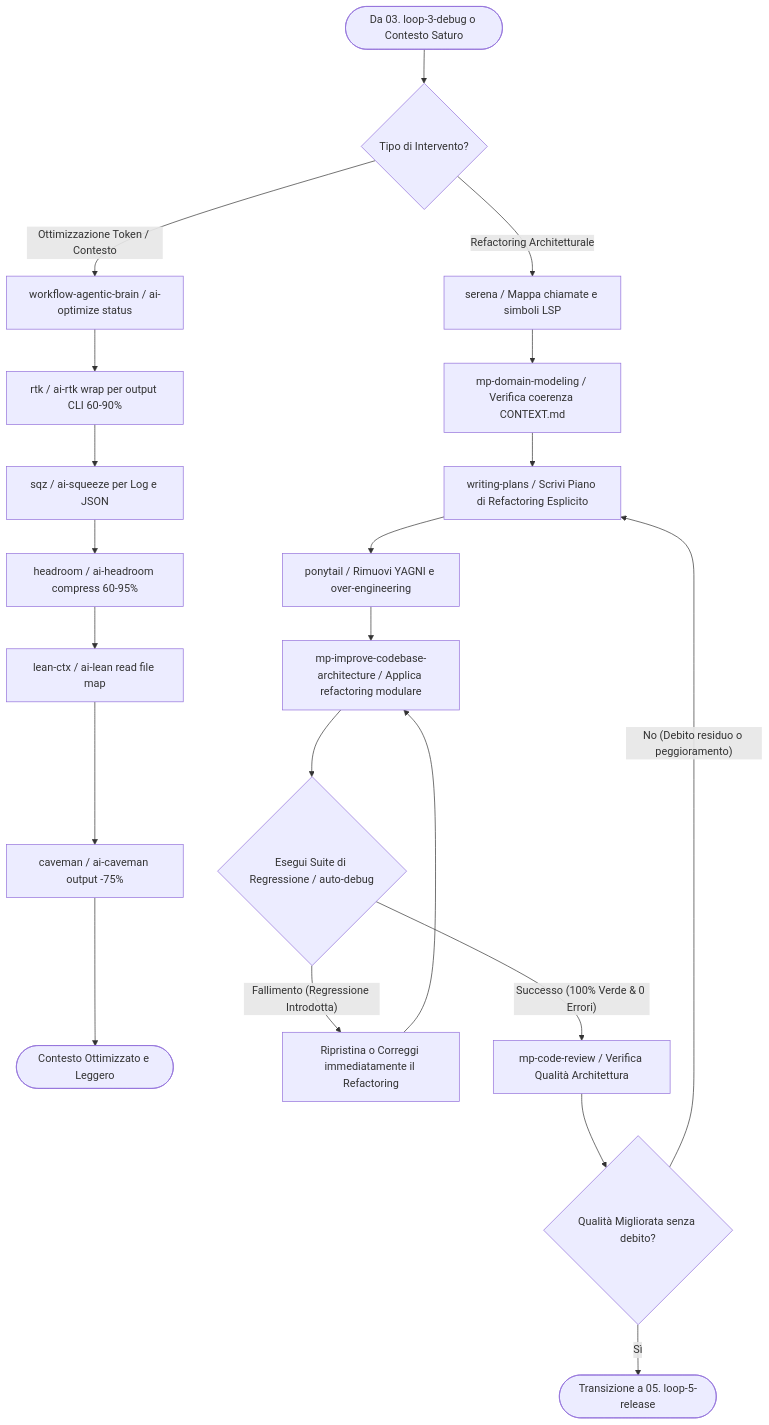
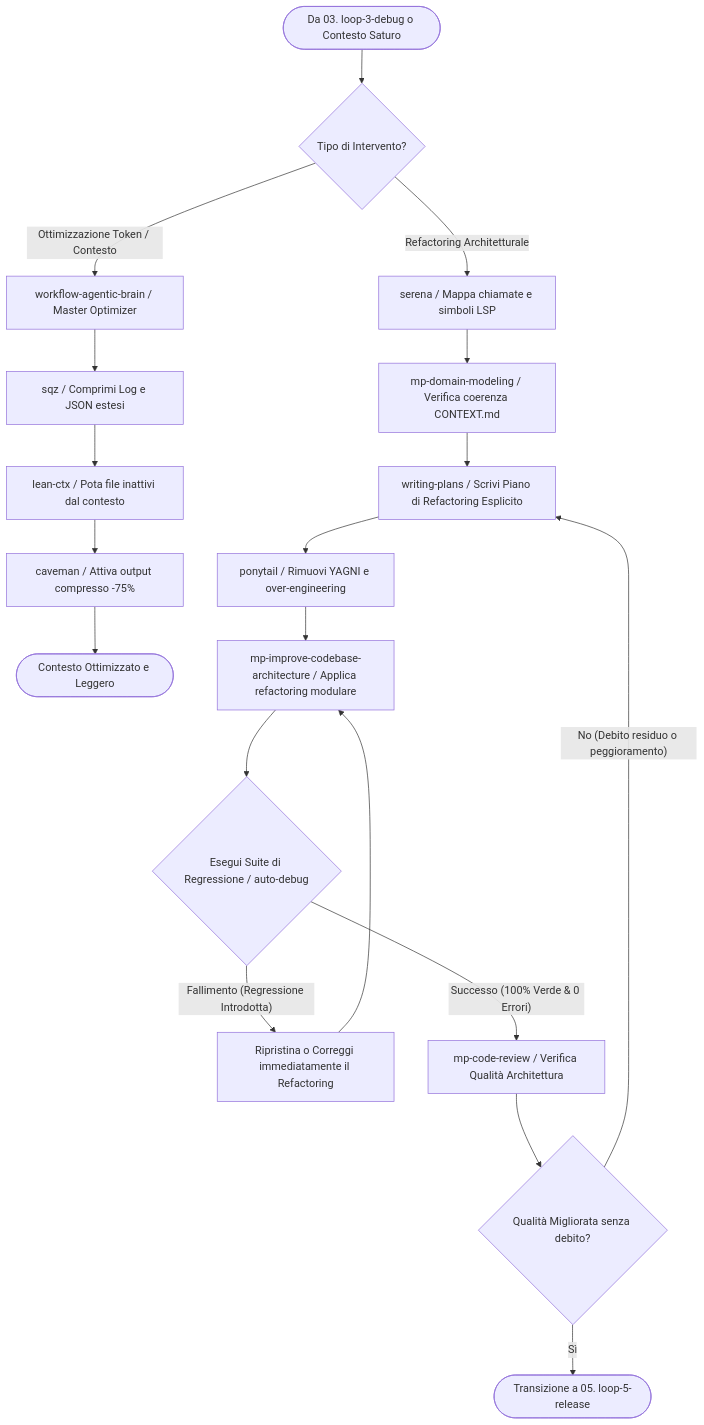
The diagram in skills/engine-loops/loop-4-refactor/SKILL.md (darkrei08/Wizard-AI), drawn with Mermaid before and after one commit. The commit also changed other lines of this file and 5 other files, not shown here.

Commit message:
feat(skills): enforce CoT step traversal logs, token optimization gauge, and full compression stack (caveman, ponytail, sqz, ktx)

````diff
--- a/skills/engine-loops/loop-4-refactor/SKILL.md
+++ b/skills/engine-loops/loop-4-refactor/SKILL.md
@@ -59,29 +59,27 @@
 ```mermaid
 graph TD
     Start([Da 03. loop-3-debug o Contesto Saturo]) --> CheckType{Tipo di Intervento?}
     
-    CheckType -- Ottimizzazione Token / Contesto --> Brain[workflow-agentic-brain / ai-optimize status]
-    Brain --> RTK[rtk / ai-rtk wrap per output CLI 60-90%]
-    RTK --> Squeeze[sqz / ai-squeeze per Log e JSON]
-    Squeeze --> Headroom[headroom / ai-headroom compress 60-95%]
-    Headroom --> Lean[lean-ctx / ai-lean read file map]
-    Lean --> Caveman[caveman / ai-caveman output -75%]
+    CheckType -- Ottimizzazione Token / Contesto --> Brain[workflow-agentic-brain / Master Optimizer]
+    Brain --> Squeeze[sqz / Comprimi Log e JSON estesi]
+    Squeeze --> Lean[lean-ctx / Pota file inattivi dal contesto]
+    Lean --> Caveman[caveman / Attiva output compresso -75%]
     Caveman --> OptDone([Contesto Ottimizzato e Leggero])
     
     CheckType -- Refactoring Architetturale --> Serena[serena / Mappa chiamate e simboli LSP]
     Serena --> DomainMod[mp-domain-modeling / Verifica coerenza CONTEXT.md]
     DomainMod --> PlanRef[writing-plans / Scrivi Piano di Refactoring Esplicito]
     
     PlanRef --> Ponytail[ponytail / Rimuovi YAGNI e over-engineering]
     Ponytail --> Arch[mp-improve-codebase-architecture / Applica refactoring modulare]
     
     Arch --> RunRegTest{Esegui Suite di Regressione / auto-debug}
     RunRegTest -- Fallimento (Regressione Introdotta) --> RevertOrFix[Ripristina o Correggi immediatamente il Refactoring]
     RevertOrFix --> Arch
     
     RunRegTest -- Successo (100% Verde & 0 Errori) --> FinalRev[mp-code-review / Verifica Qualità Architettura]
     
     FinalRev --> RevCheck{Qualità Migliorata senza debito?}
     RevCheck -- No (Debito residuo o peggioramento) --> PlanRef
     RevCheck -- Sì --> Handoff([Transizione a 05. loop-5-release])
 ```
````
